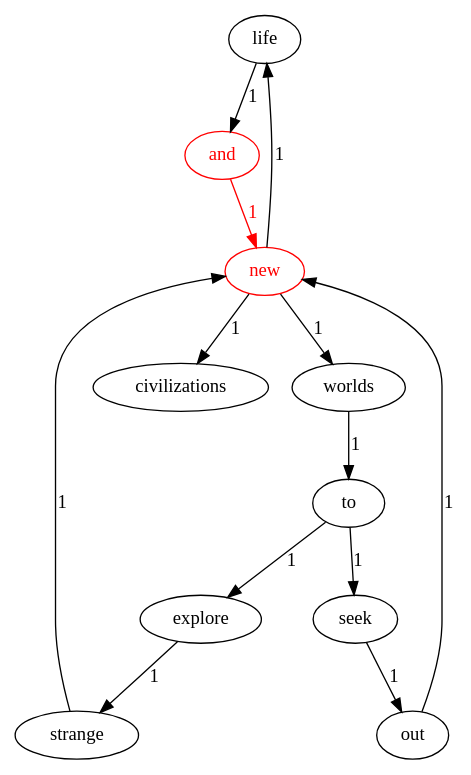
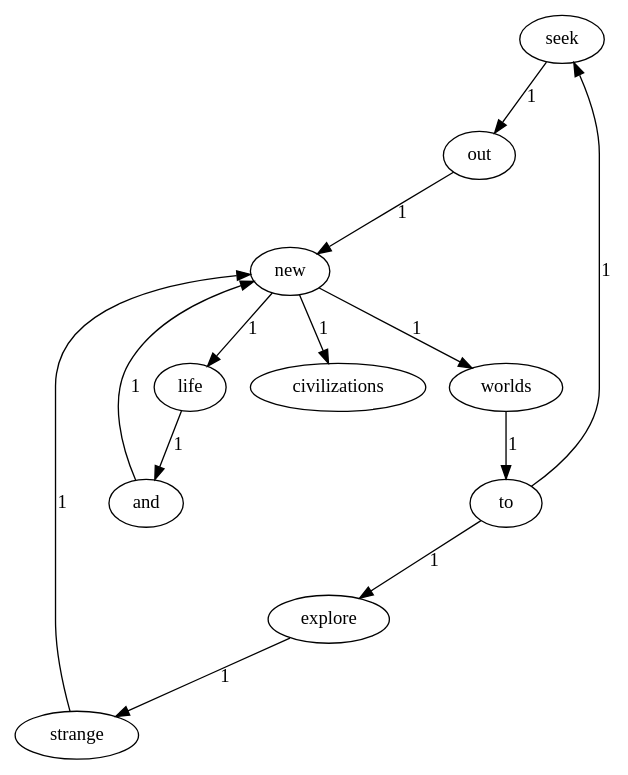
One commit to Moonlight0124/Lab1-2021111902 changed the diagram in directed-graph.dot. Above: the diagram before and after it, drawn with Graphviz. The commit also changed 8 other files, not shown here.

```diff
--- a/directed-graph.dot
+++ b/directed-graph.dot
@@ -1,24 +1,24 @@
 digraph G {
+    "seek";
     "life";
-    "new" [color="red", fontcolor="red"];
+    "civilizations";
+    "strange";
+    "to";
+    "and";
+    "worlds";
     "explore";
-    "to";
-    "and" [color="red", fontcolor="red"];
-    "strange";
-    "worlds";
+    "new";
     "out";
-    "civilizations";
-    "seek";
+    "seek" -> "out" [label="1"];
     "life" -> "and" [label="1"];
+    "strange" -> "new" [label="1"];
+    "to" -> "seek" [label="1"];
+    "to" -> "explore" [label="1"];
+    "and" -> "new" [label="1"];
+    "worlds" -> "to" [label="1"];
+    "explore" -> "strange" [label="1"];
     "new" -> "life" [label="1"];
+    "new" -> "civilizations" [label="1"];
     "new" -> "worlds" [label="1"];
-    "new" -> "civilizations" [label="1"];
-    "explore" -> "strange" [label="1"];
-    "to" -> "explore" [label="1"];
-    "to" -> "seek" [label="1"];
-    "and" -> "new" [label="1", color="red", fontcolor="red"];
-    "strange" -> "new" [label="1"];
-    "worlds" -> "to" [label="1"];
     "out" -> "new" [label="1"];
-    "seek" -> "out" [label="1"];
 }
```
